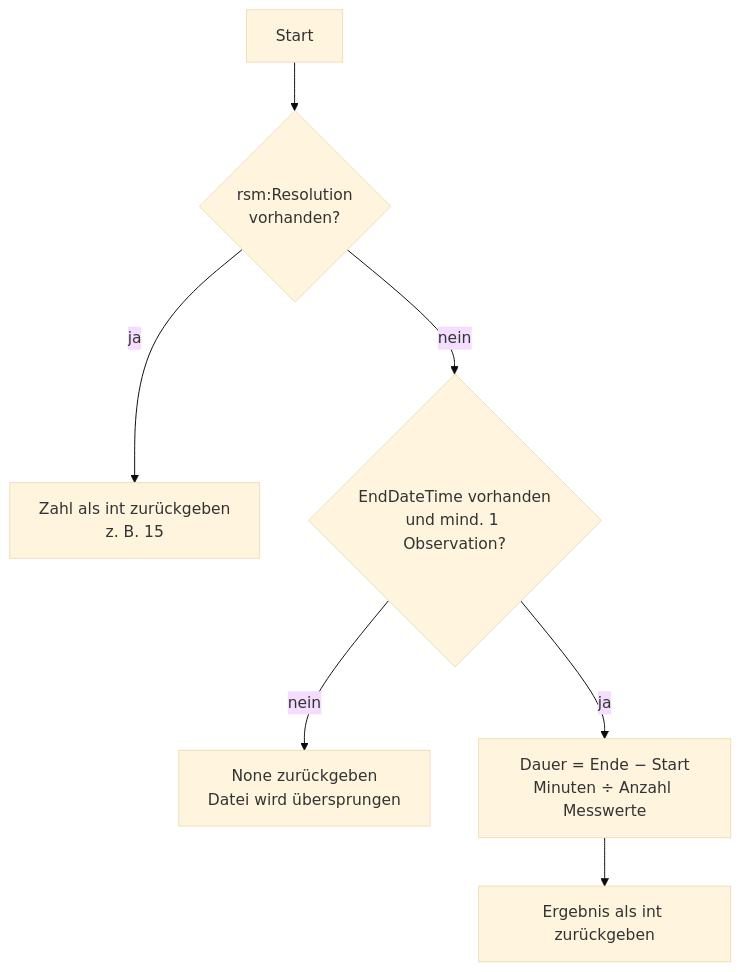
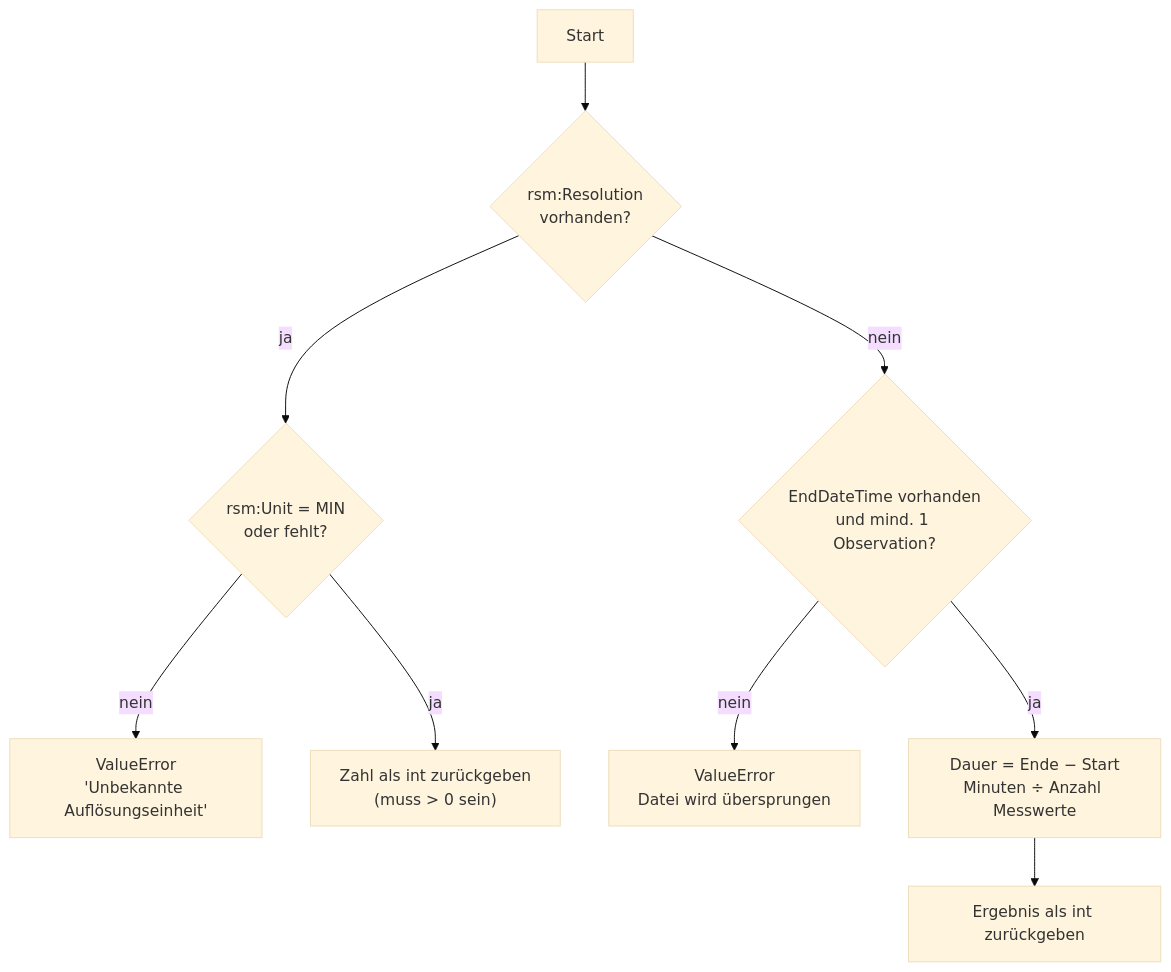
One commit to im24b-seminaral/volt-trace changed the fifth of 13 diagrams in PYTHON.md. Above: the diagram before and after it, drawn with Mermaid (base theme). The commit also changed other lines of this file and 2 other files, not shown here.

````diff
--- a/PYTHON.md
+++ b/PYTHON.md
@@ -395,9 +455,11 @@
 ```mermaid
 flowchart TD
     A["Start"] --> B{"rsm:Resolution<br/>vorhanden?"}
-    B -->|ja| C["Zahl als int zurückgeben<br/>z. B. 15"]
+    B -->|ja| U{"rsm:Unit = MIN<br/>oder fehlt?"}
+    U -->|nein| X["ValueError<br/>'Unbekannte Auflösungseinheit'"]
+    U -->|ja| C["Zahl als int zurückgeben<br/>(muss > 0 sein)"]
     B -->|nein| D{"EndDateTime vorhanden<br/>und mind. 1 Observation?"}
-    D -->|nein| E["None zurückgeben<br/>Datei wird übersprungen"]
+    D -->|nein| E["ValueError<br/>Datei wird übersprungen"]
     D -->|ja| F["Dauer = Ende − Start<br/>Minuten ÷ Anzahl Messwerte"]
     F --> G["Ergebnis als int zurückgeben"]
 ```
````
